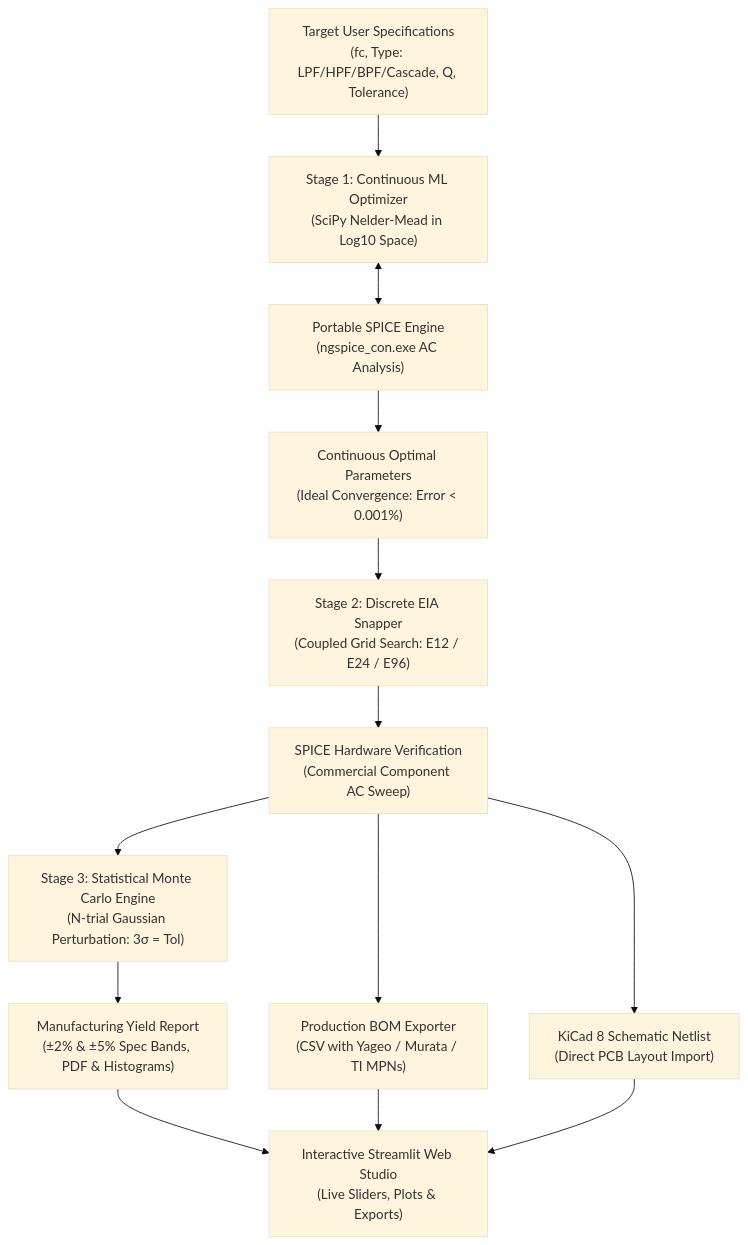
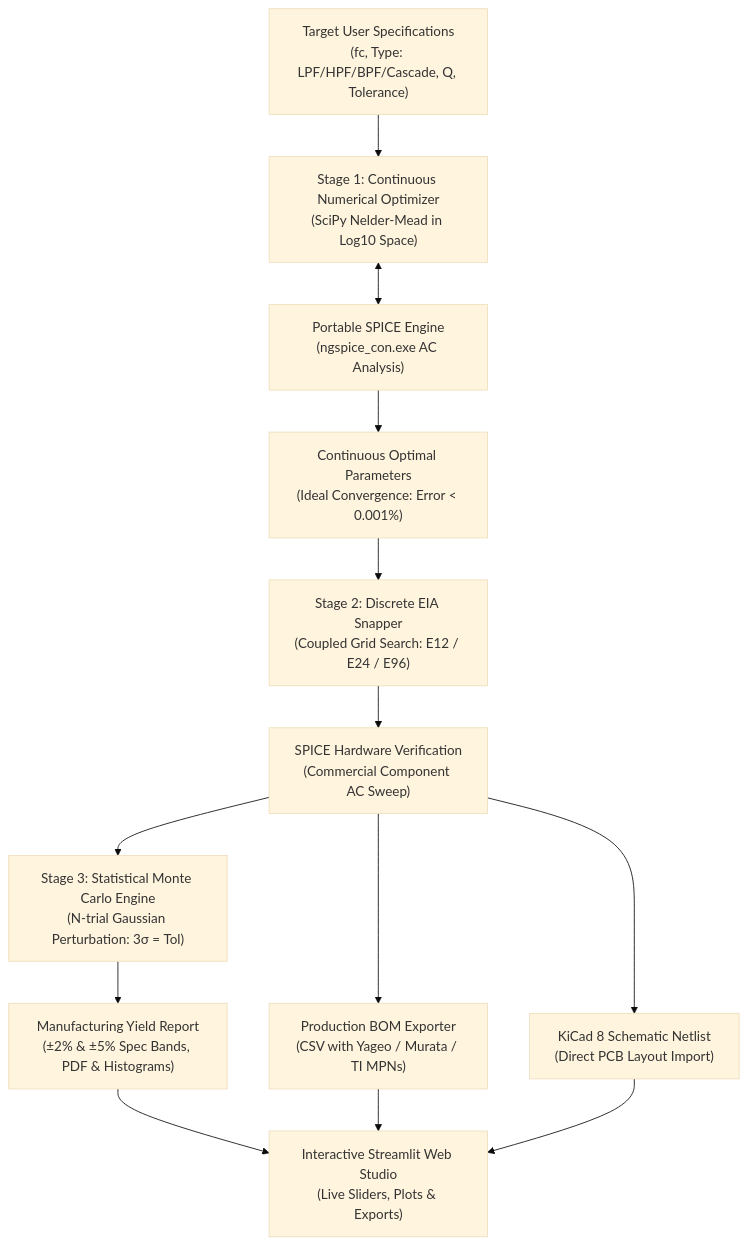
Before and after one commit to pushkalgolla-svg/analog-filter-optimizer: the diagram in PORTFOLIO_CASE_STUDY.md, drawn with Mermaid (base theme). The commit also changed other lines of this file and 21 other files, not shown here.

````diff
--- a/PORTFOLIO_CASE_STUDY.md
+++ b/PORTFOLIO_CASE_STUDY.md
@@ -30,15 +30,15 @@
 ```mermaid
 flowchart TD
-    A["Target User Specifications<br>(fc, Type: LPF/HPF/BPF/Cascade, Q, Tolerance)"] --> B["Stage 1: Continuous ML Optimizer<br>(SciPy Nelder-Mead in Log10 Space)"]
+    A["Target User Specifications<br>(fc, Type: LPF/HPF/BPF/Cascade, Q, Tolerance)"] --> B["Stage 1: Continuous Numerical Optimizer<br>(SciPy Nelder-Mead in Log10 Space)"]
     B <--> C["Portable SPICE Engine<br>(ngspice_con.exe AC Analysis)"]
     C --> D["Continuous Optimal Parameters<br>(Ideal Convergence: Error < 0.001%)"]
     D --> E["Stage 2: Discrete EIA Snapper<br>(Coupled Grid Search: E12 / E24 / E96)"]
     E --> F["SPICE Hardware Verification<br>(Commercial Component AC Sweep)"]
     F --> G["Stage 3: Statistical Monte Carlo Engine<br>(N-trial Gaussian Perturbation: 3σ = Tol)"]
     G --> H["Manufacturing Yield Report<br>(±2% & ±5% Spec Bands, PDF & Histograms)"]
     F --> I["Production BOM Exporter<br>(CSV with Yageo / Murata / TI MPNs)"]
     F --> J["KiCad 8 Schematic Netlist<br>(Direct PCB Layout Import)"]
     H --> K["Interactive Streamlit Web Studio<br>(Live Sliders, Plots & Exports)"]
     I --> K
     J --> K
 ```
````
